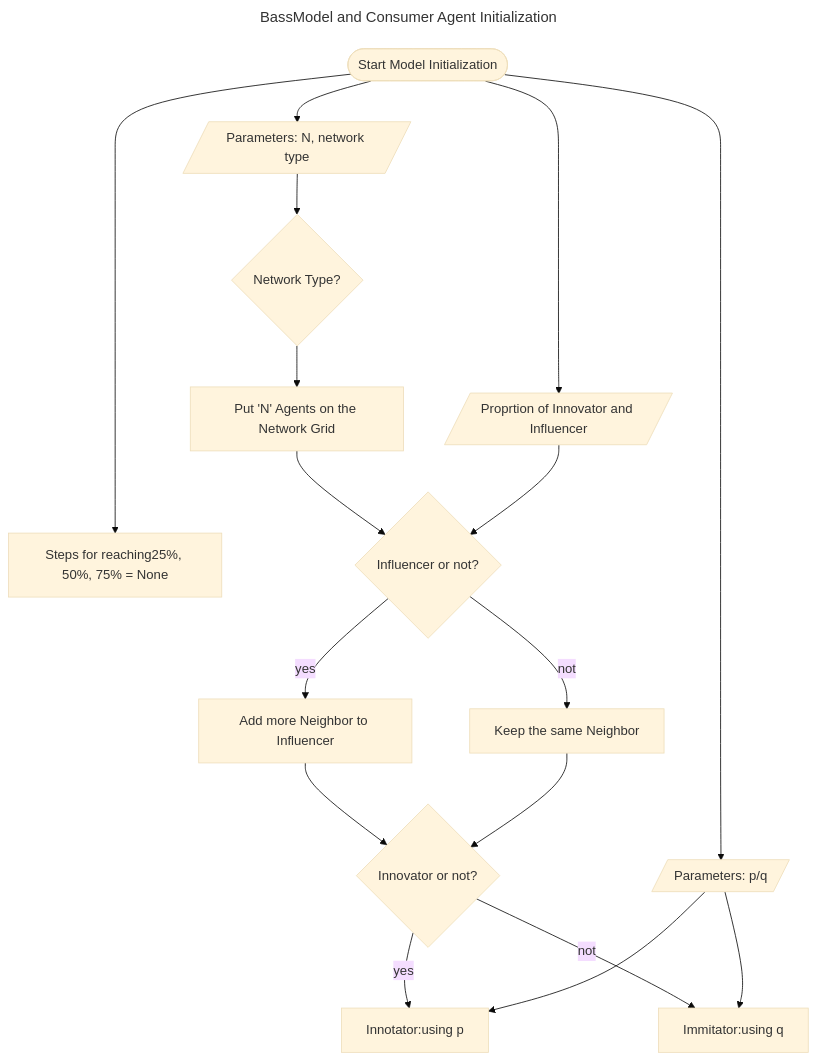
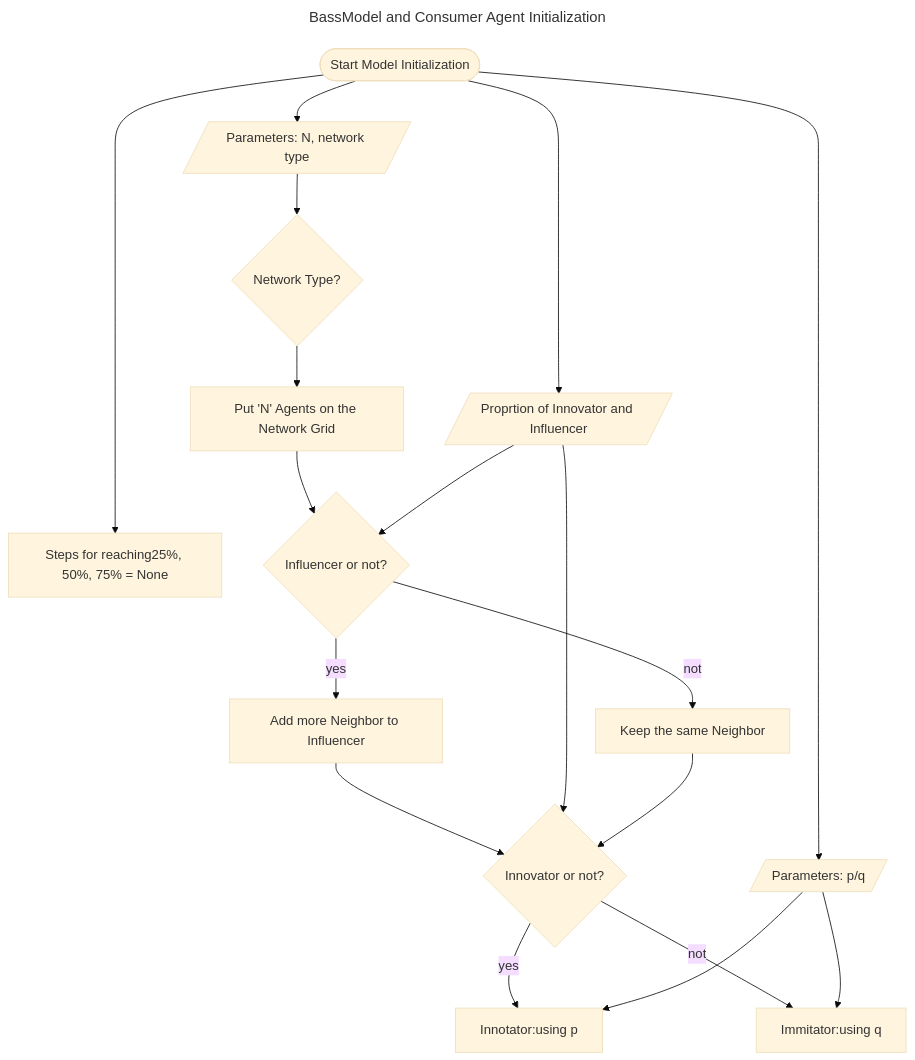
Before and after one commit to QianZeHao123/MDS-Research-Project: the second of 2 diagrams in ABM version 0.4/README.md, drawn with Mermaid (base theme).

Commit message:
update flowchart of init bass model

````diff
--- a/ABM version 0.4/README.md
+++ b/ABM version 0.4/README.md
@@ -41,22 +41,23 @@
 ```mermaid
 ---
 title: BassModel and Consumer Agent Initialization
 ---
 flowchart TD
     start([Start Model Initialization])
     start --> ModelAttr[/Parameters: N, network type/]
     start --> agentAttr[/Parameters: p/q/]
     start --> inputProp[/Proprtion of Innovator and Influencer/]
     start -----> AdoptionPerc[Steps for reaching25%, 50%, 75% = None]
     ModelAttr --> Net{Network Type?} --> pos[Put 'N' Agents on the Network Grid]
     pos --> inf{Influencer or not?}
     inputProp --> inf
     inf --yes--> Add[Add more Neighbor to Influencer]
     inf --not--> Keep[Keep the same Neighbor]
     Add --> innoimit{Innovator or not?}
+    inputProp --> innoimit
     Keep --> innoimit
     innoimit --yes--> Innotator[Innotator:using p]
     innoimit --not--> Immitator[Immitator:using q]
     agentAttr --> Innotator
     agentAttr --> Immitator
 ```
````
